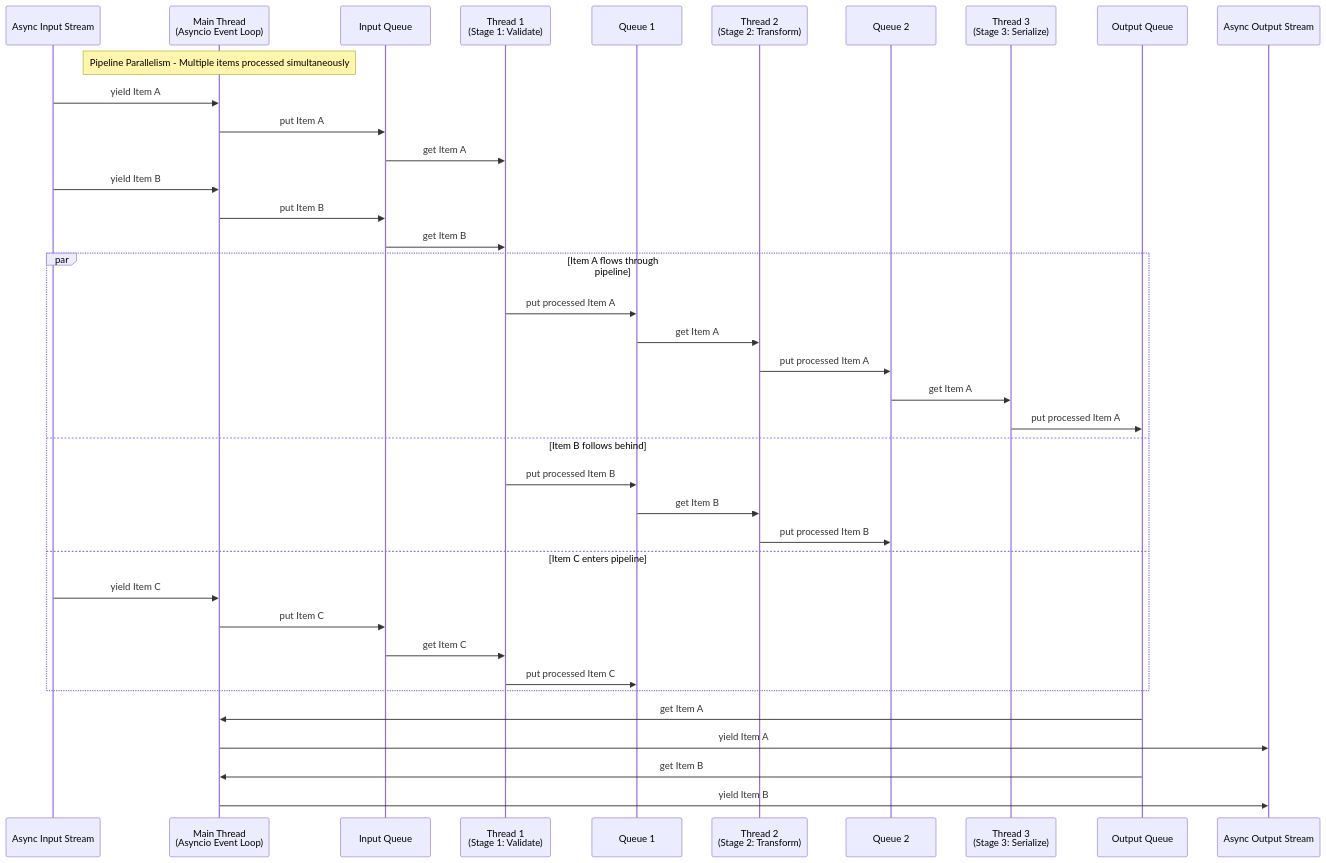
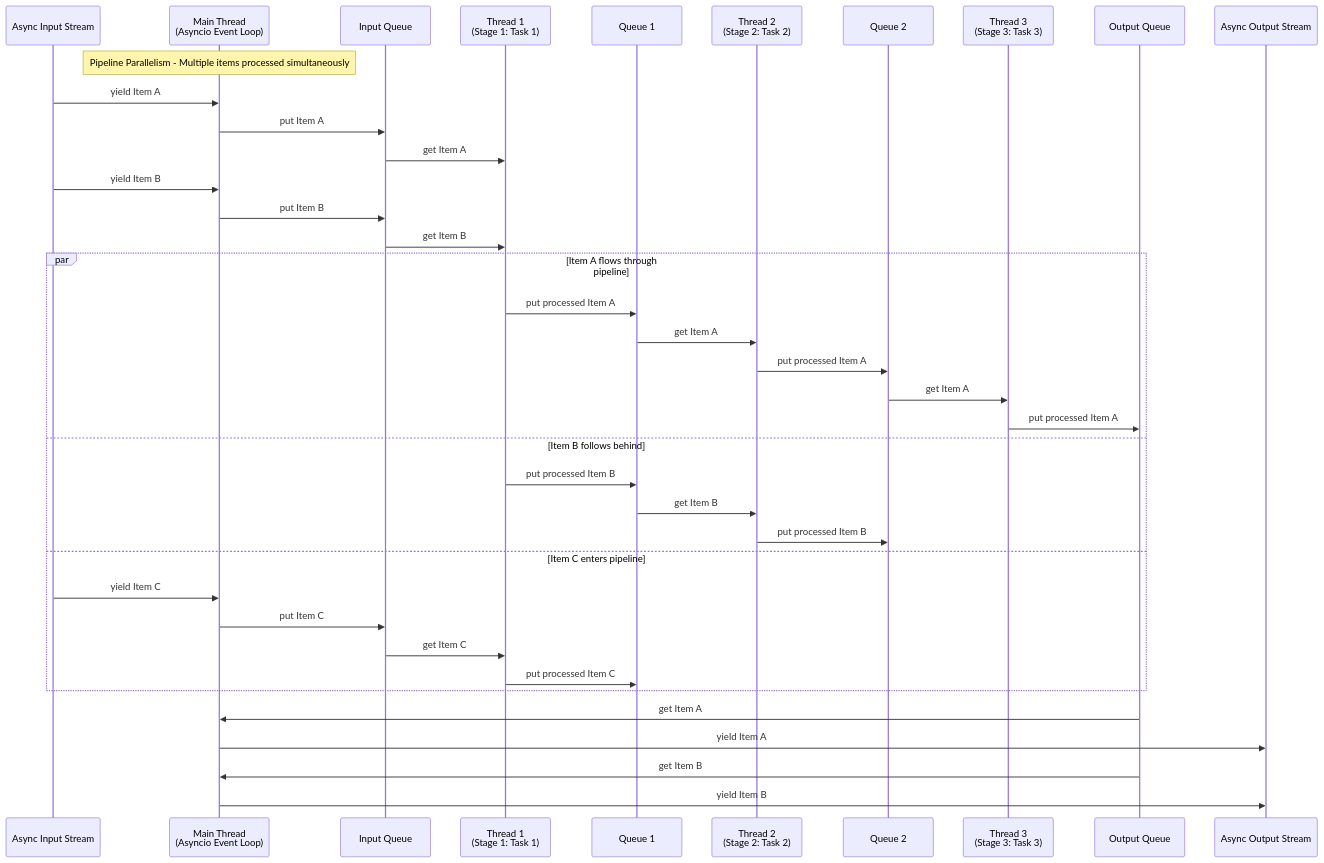
The diagram in docs/index.md (ChenghaoMou/async_task_pipeline), drawn with Mermaid before and after one commit. The commit also changed other lines of this file and 64 other files, not shown here.

````diff
--- a/docs/index.md
+++ b/docs/index.md
@@ -68,47 +67,47 @@
 ```mermaid
 sequenceDiagram
     participant Input as Async Input Stream
     participant Main as Main Thread<br/>(Asyncio Event Loop)
     participant Q1 as Input Queue
-    participant T1 as Thread 1<br/>(Stage 1: Validate)
+    participant T1 as Thread 1<br/>(Stage 1: Task 1)
     participant Q2 as Queue 1
-    participant T2 as Thread 2<br/>(Stage 2: Transform)
+    participant T2 as Thread 2<br/>(Stage 2: Task 2)
     participant Q3 as Queue 2
-    participant T3 as Thread 3<br/>(Stage 3: Serialize)
+    participant T3 as Thread 3<br/>(Stage 3: Task 3)
     participant Q4 as Output Queue
     participant Output as Async Output Stream
 
     Note over Main: Pipeline Parallelism - Multiple items processed simultaneously
 
     Input->>Main: yield Item A
     Main->>Q1: put Item A
     Q1->>T1: get Item A
 
     Input->>Main: yield Item B
     Main->>Q1: put Item B
     Q1->>T1: get Item B
 
     par Item A flows through pipeline
         T1->>Q2: put processed Item A
         Q2->>T2: get Item A
         T2->>Q3: put processed Item A
         Q3->>T3: get Item A
         T3->>Q4: put processed Item A
     and Item B follows behind
         T1->>Q2: put processed Item B
         Q2->>T2: get Item B
         T2->>Q3: put processed Item B
     and Item C enters pipeline
         Input->>Main: yield Item C
         Main->>Q1: put Item C
         Q1->>T1: get Item C
         T1->>Q2: put processed Item C
     end
 
     Q4->>Main: get Item A
     Main->>Output: yield Item A
 
     Q4->>Main: get Item B
     Main->>Output: yield Item B
 
 ```
````
